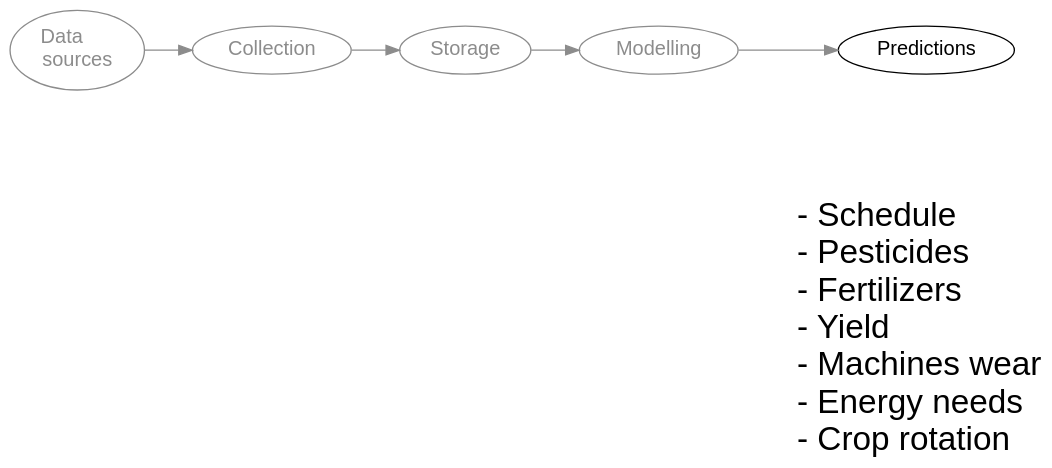
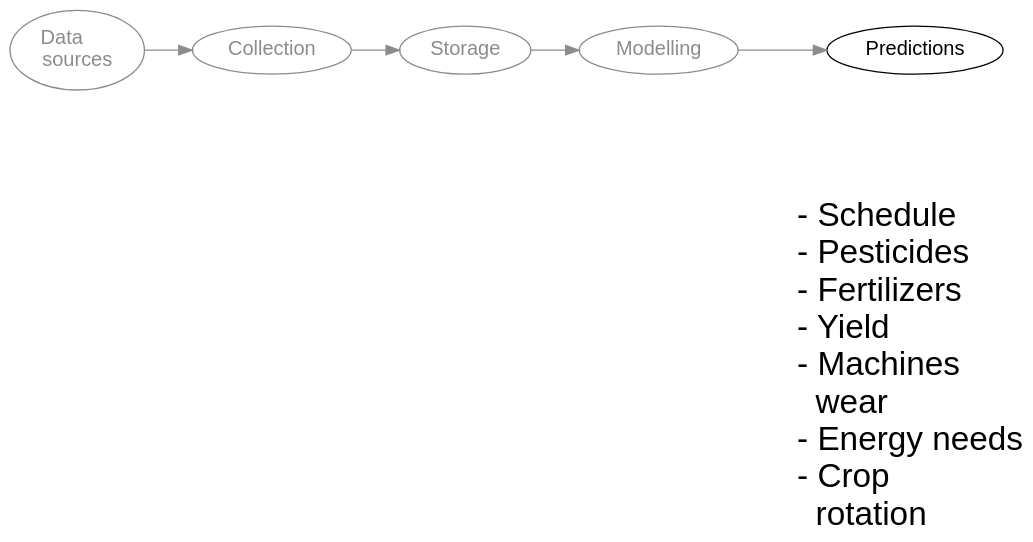
One commit to WestDRI/arc-training changed the sixth of 6 diagrams in talks/2024_bccai_part1_slides.qmd. Above: the diagram before and after it, drawn with Graphviz. The commit also changed other lines of this file, not shown here.

````diff
--- a/talks/2024_bccai_part1_slides.qmd
+++ b/talks/2024_bccai_part1_slides.qmd
@@ -249,25 +310,25 @@
 ```{dot}
 //| echo: false
 
 strict digraph {
   
 bgcolor="transparent"
 node [fontname="Inconsolata, sans-serif", fontsize=15]
 edge [color=gray55]
 rankdir="LR"
 
 source [label="Data\lsources", color=gray55, fontcolor=gray55, group=1]
 collection [label="Collection", color=gray55, fontcolor=gray55, group=1]
 storage [label="Storage", color=gray55, fontcolor=gray55, group=1]
 analysis [label="Modelling", color=gray55, fontcolor=gray55, group=1]
 predictions [label="Predictions", group=1]
 
-predictions_list [label="- Schedule\l- Pesticides\l- Fertilizers\l- Yield\l- Machines wear\l- Energy needs\l- Crop rotation\l", shape=none, fontsize=25, group=2]
+predictions_list [label="- Schedule\l- Pesticides\l- Fertilizers\l- Yield\l- Machines\l   wear\l- Energy needs\l- Crop\l   rotation\l", shape=none, fontsize=25, group=2]
 
 {rank=same; predictions predictions_list}
 
 source -> collection -> storage -> analysis -> predictions
 predictions -> predictions_list [style=invis, minlen=5]
 
 }
 ```
````
